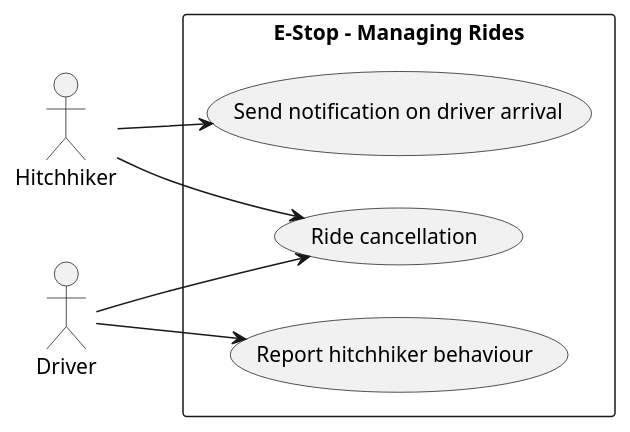
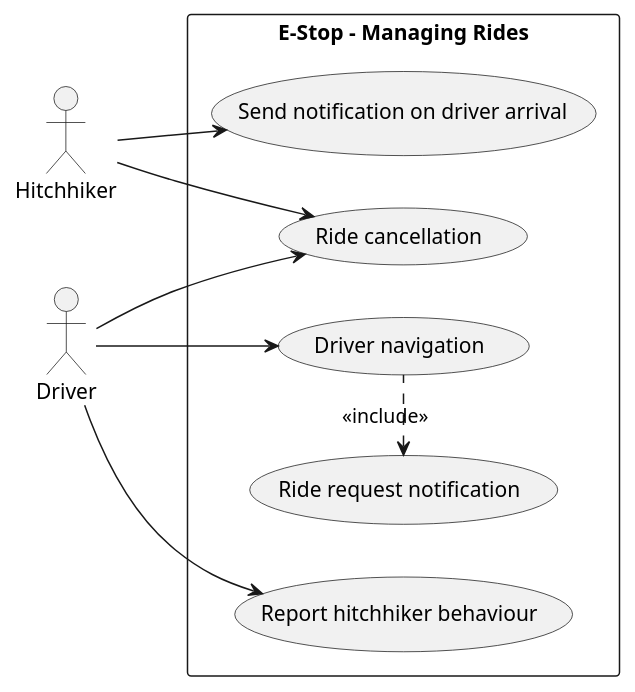
One commit to Kruchji/NSWI041 changed the diagram in documentation/uml/uml-usecase-diagram-managing-rides.plantuml. Above: the diagram before and after it, drawn with PlantUML. The commit also changed 3 other files, not shown here.

Commit message:
Update diagrams

```diff
--- a/documentation/uml/uml-usecase-diagram-managing-rides.plantuml
+++ b/documentation/uml/uml-usecase-diagram-managing-rides.plantuml
@@ -1,14 +1,18 @@
 @startuml
 left to right direction
 actor "Hitchhiker" as AC_H
 actor "Driver" as AC_D
 rectangle "E-Stop - Managing Rides" {
     usecase "Ride cancellation" as UC_RC
     usecase "Send notification on driver arrival" as UC_SNDA
     usecase "Report hitchhiker behaviour" as UC_RHB
+    usecase "Ride request notification" as UC_RRN
+    usecase "Driver navigation" as UC_DN
 }
+UC_DN .l.> UC_RRN : <<include>>
 AC_H --> UC_RC
 AC_D --> UC_RC
 AC_H --> UC_SNDA
 AC_D --> UC_RHB
+AC_D --> UC_DN
 @enduml
```
